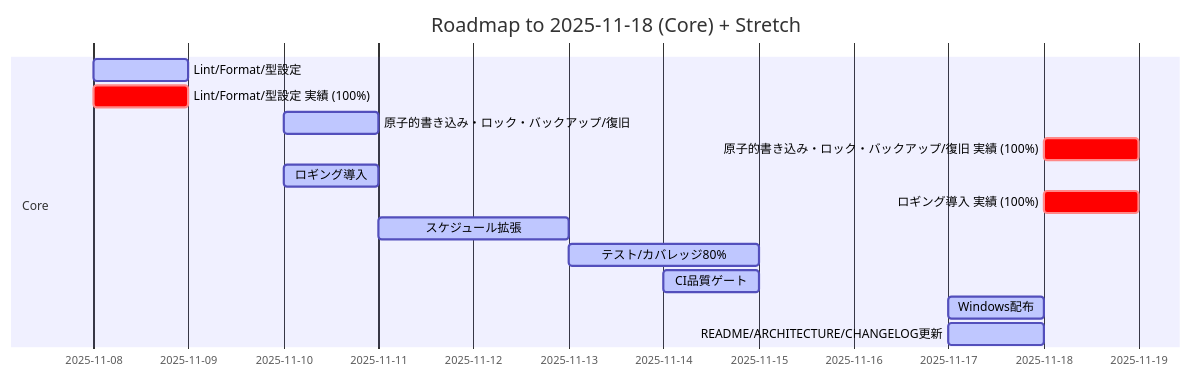
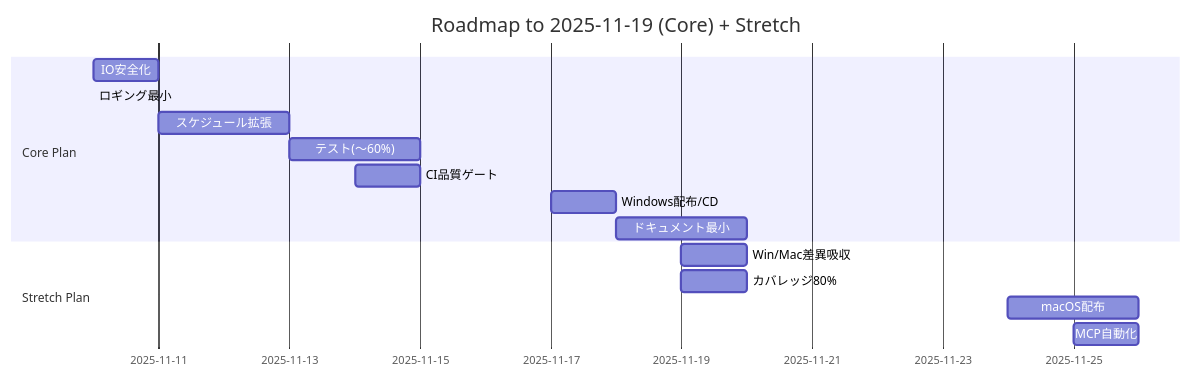
The diagram in docs/ROADMAP.md (takenet193/task-reminder-tool), drawn with Mermaid before and after one commit. The commit also changed other lines of this file and 24 other files, not shown here.

````diff
--- a/docs/ROADMAP.md
+++ b/docs/ROADMAP.md
@@ -37,25 +26,20 @@
 ```mermaid
 gantt
   dateFormat  YYYY-MM-DD
-  title Roadmap to 2025-11-18 (Core) + Stretch
-  section Core
-  Lint/Format/型設定  :active, 2025-11-08, 1.0d
-  Lint/Format/型設定 実績 (100%)  :crit, 2025-11-08, 1.0d
-  原子的書き込み・ロック・バックアップ/復旧  :active, 2025-11-10, 1.0d
-  原子的書き込み・ロック・バックアップ/復旧 実績 (100%)  :crit, 2025-11-18, 1.0d
-  ロギング導入  :active, 2025-11-10, 1.0d
-  ロギング導入 実績 (100%)  :crit, 2025-11-18, 1.0d
-  スケジュール拡張  :active, 2025-11-11, 2.0d
-  テスト/カバレッジ80%  :active, 2025-11-13, 2.0d
-  CI品質ゲート  :active, 2025-11-14, 1.0d
-  Windows配布  :active, 2025-11-17, 1.0d
-  README/ARCHITECTURE/CHANGELOG更新  :active, 2025-11-17, 1.0d
-  section Stretch
-  %% スケジュールUI (日付未定)
-  %% 通知ディスパッチ (日付未定)
-  %% Win/Mac表示差異吸収 (日付未定)
-  %% macOS配布 (日付未定)
-  %% MCP自動化 (日付未定)
-  %% デモGIF作成 (日付未定)
-  %% アーキ図/通知シーケンス図 (日付未定)
+  title Roadmap to 2025-11-19 (Core) + Stretch
+  %% ===== Core =====
+  section Core Plan
+  IO安全化                    :2025-11-10, 1d
+  ロギング最小                :2025-11-10, 0.3d
+  スケジュール拡張             :2025-11-11, 2d
+  テスト(〜60%)               :2025-11-13, 2d
+  CI品質ゲート                 :2025-11-14, 0.5d
+  Windows配布/CD               :2025-11-17, 1d
+  ドキュメント最小             :2025-11-18, 2d
+  %% ===== Stretch =====
+  section Stretch Plan
+  Win/Mac差異吸収             :2025-11-19, 0.5d
+  カバレッジ80%               :2025-11-19, 0.5d
+  macOS配布                   :2025-11-24, 2d
+  MCP自動化                   :2025-11-25, 1d
 ```
````
